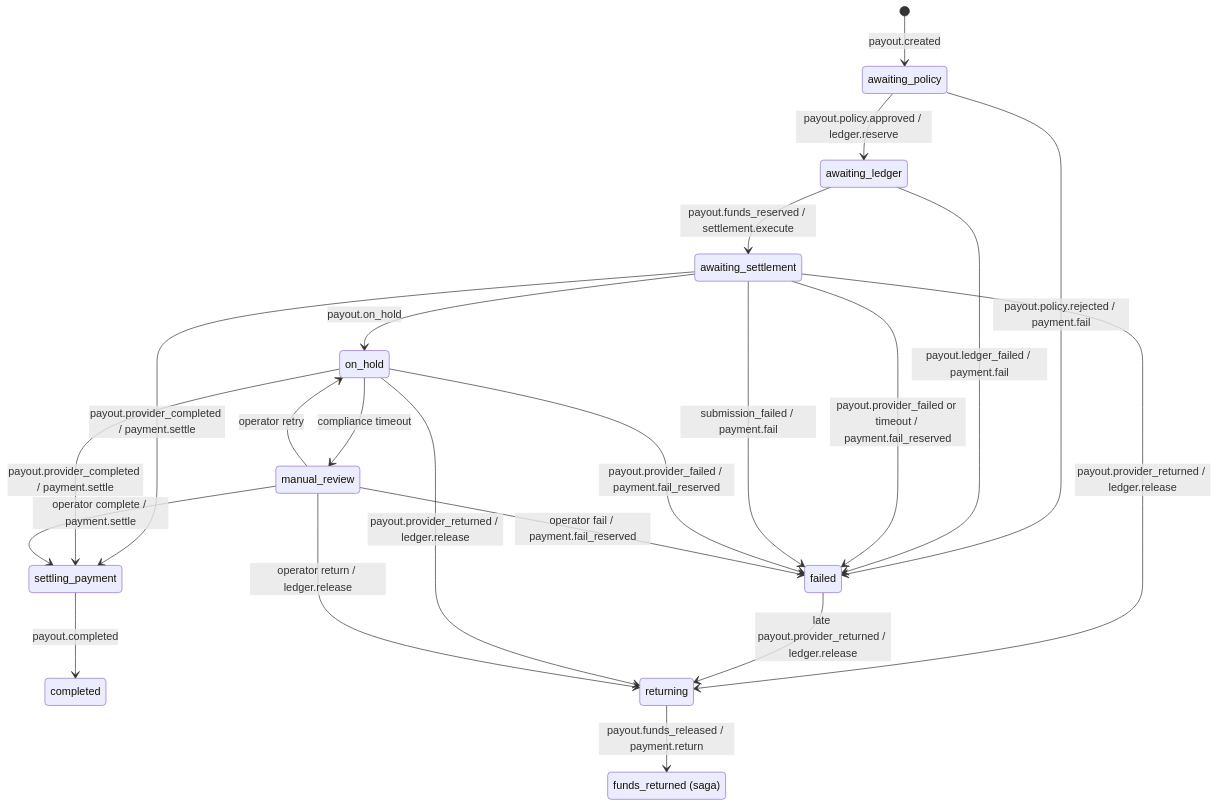
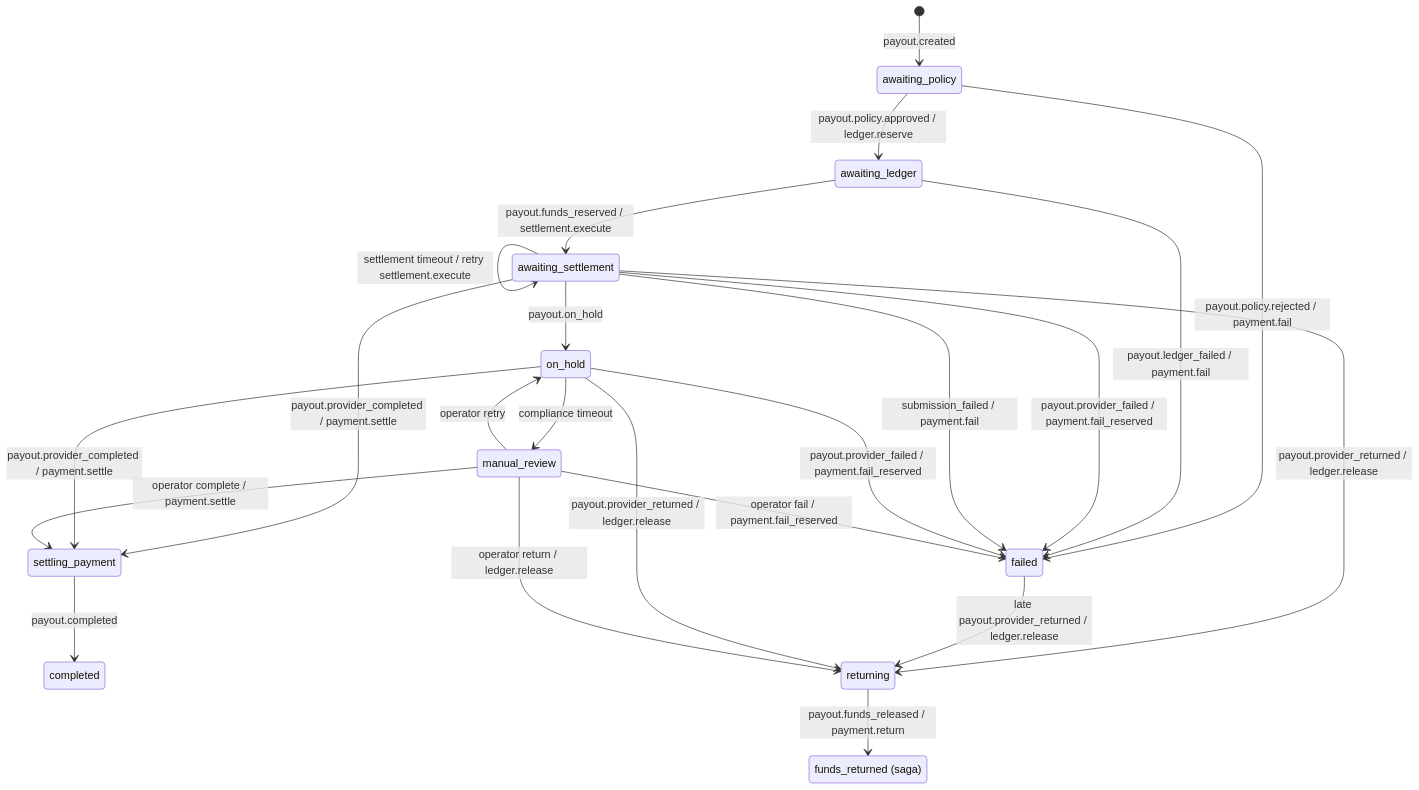
One commit to lancechuangdev/StableRail changed the third of 4 diagrams in README.md. Above: the diagram before and after it, drawn with Mermaid. The commit also changed other lines of this file and 31 other files, not shown here.

Commit message:
separate payment settlement and ledger status

````diff
--- a/README.md
+++ b/README.md
@@ -144,29 +116,30 @@
 ```mermaid
 stateDiagram-v2
     state "funds_returned (saga)" as returned
     [*] --> awaiting_policy: payout.created
     awaiting_policy --> awaiting_ledger: payout.policy.approved / ledger.reserve
     awaiting_policy --> failed: payout.policy.rejected / payment.fail
     awaiting_ledger --> awaiting_settlement: payout.funds_reserved / settlement.execute
     awaiting_ledger --> failed: payout.ledger_failed / payment.fail
 
     awaiting_settlement --> settling_payment: payout.provider_completed / payment.settle
     settling_payment --> completed: payout.completed
 
-    awaiting_settlement --> failed: payout.provider_failed or timeout / payment.fail_reserved
+    awaiting_settlement --> awaiting_settlement: settlement timeout / retry settlement.execute
+    awaiting_settlement --> failed: payout.provider_failed / payment.fail_reserved
     awaiting_settlement --> failed: submission_failed / payment.fail
 
     awaiting_settlement --> returning: payout.provider_returned / ledger.release
     failed --> returning: late payout.provider_returned / ledger.release
     returning --> returned: payout.funds_released / payment.return
 
     awaiting_settlement --> on_hold: payout.on_hold
     on_hold --> settling_payment: payout.provider_completed / payment.settle
     on_hold --> failed: payout.provider_failed / payment.fail_reserved
     on_hold --> returning: payout.provider_returned / ledger.release
     on_hold --> manual_review: compliance timeout
     manual_review --> on_hold: operator retry
     manual_review --> settling_payment: operator complete / payment.settle
     manual_review --> failed: operator fail / payment.fail_reserved
     manual_review --> returning: operator return / ledger.release
 ```
````
